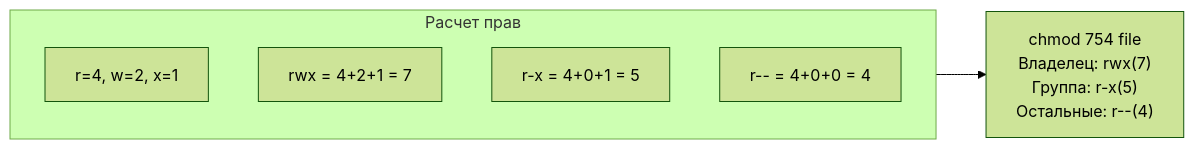
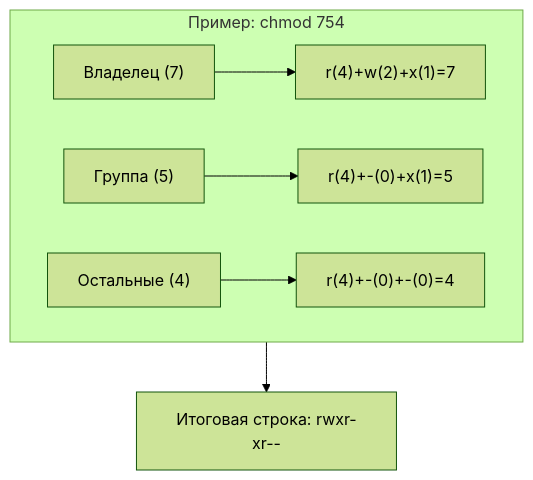
One commit to IBraveMonkey/data_structure-algorithms changed the fifth of 5 diagrams in информатика(теория)/linux/0.linux.md. Above: the diagram before and after it, drawn with Mermaid (forest theme). The commit also changed other lines of this file and 7 other files, not shown here.

````diff
--- a/информатика(теория)/linux/0.linux.md
+++ b/информатика(теория)/linux/0.linux.md
@@ -311,13 +328,11 @@
 ```mermaid
-graph LR
-    subgraph Расчет["Расчет прав"]
-        A["r=4, w=2, x=1"]
-        B["rwx = 4+2+1 = 7"]
-        C["r-x = 4+0+1 = 5"]
-        D["r-- = 4+0+0 = 4"]
+flowchart TD
+    subgraph "Пример: chmod 754"
+        direction LR
+        O["Владелец (7)"] --> Ocalc["r(4)+w(2)+x(1)=7"]
+        G["Группа (5)"] --> Gcalc["r(4)+-(0)+x(1)=5"]
+        Ot["Остальные (4)"] --> Otcalc["r(4)+-(0)+-(0)=4"]
     end
     
-    Example["chmod 754 file<br/>Владелец: rwx(7)<br/>Группа: r-x(5)<br/>Остальные: r--(4)"]
-    
-    Расчет --> Example
+    Ocalc --> Final["Итоговая строка: rwxr-xr--"]
 ```
````
